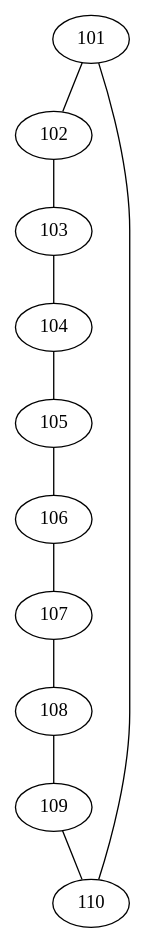
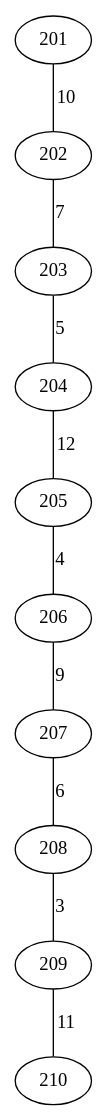
The diagram in Room data.dot (intel00000/git-demo), drawn with Graphviz before and after one commit.

```diff
--- a/Room data.dot
+++ b/Room data.dot
@@ -1,25 +1,23 @@
 graph {
-    101 [label = "101", description = "Computer Lab"];
-    102 [label = "102", description = "Science Laboratory"];
-    103 [label = "103", description = "Art Studio"];
-    104 [label = "104", description = "Music Room"];
-    105 [label = "105", description = "Library"];
-    106 [label = "106", description = "Conference Room"];
-    107 [label = "107", description = "Faculty Office"];
-    108 [label = "108", description = "Student Lounge"];
-    109 [label = "109", description = "Gymnasium"];
-    110 [label = "110", description = "Cafeteria"];
-
+    201 [label = "201", description = "Computer Lab"];
+    202 [label = "202", description = "Science Laboratory"];
+    203 [label = "203", description = "Art Studio"];
+    204 [label = "204", description = "Music Room"];
+    205 [label = "205", description = "Library"];
+    206 [label = "206", description = "Conference Room"];
+    207 [label = "207", description = "Faculty Office"];
+    208 [label = "208", description = "Student Lounge"];
+    209 [label = "209", description = "Gymnasium"];
+    210 [label = "210", description = "Cafeteria"];
 
     // distance
-    101 -- 102 [distance = 10;];
-    102 -- 103 [distance = 7;];
-    103 -- 104 [distance = 5;];
-    104 -- 105 [distance = 12;];
-    105 -- 106 [distance = 4;];
-    106 -- 107 [distance = 9;];
-    107 -- 108 [distance = 6;];
-    108 -- 109 [distance = 3;];
-    109 -- 110 [distance = 11;];
-    110 -- 101 [distance = 8;];
+    201 -- 202 [label = 10;];
+    202 -- 203 [label = 7;];
+    203 -- 204 [label = 5;];
+    204 -- 205 [label = 12;];
+    205 -- 206 [label = 4;];
+    206 -- 207 [label = 9;];
+    207 -- 208 [label = 6;];
+    208 -- 209 [label = 3;];
+    209 -- 210 [label = 11;];
 }
```
